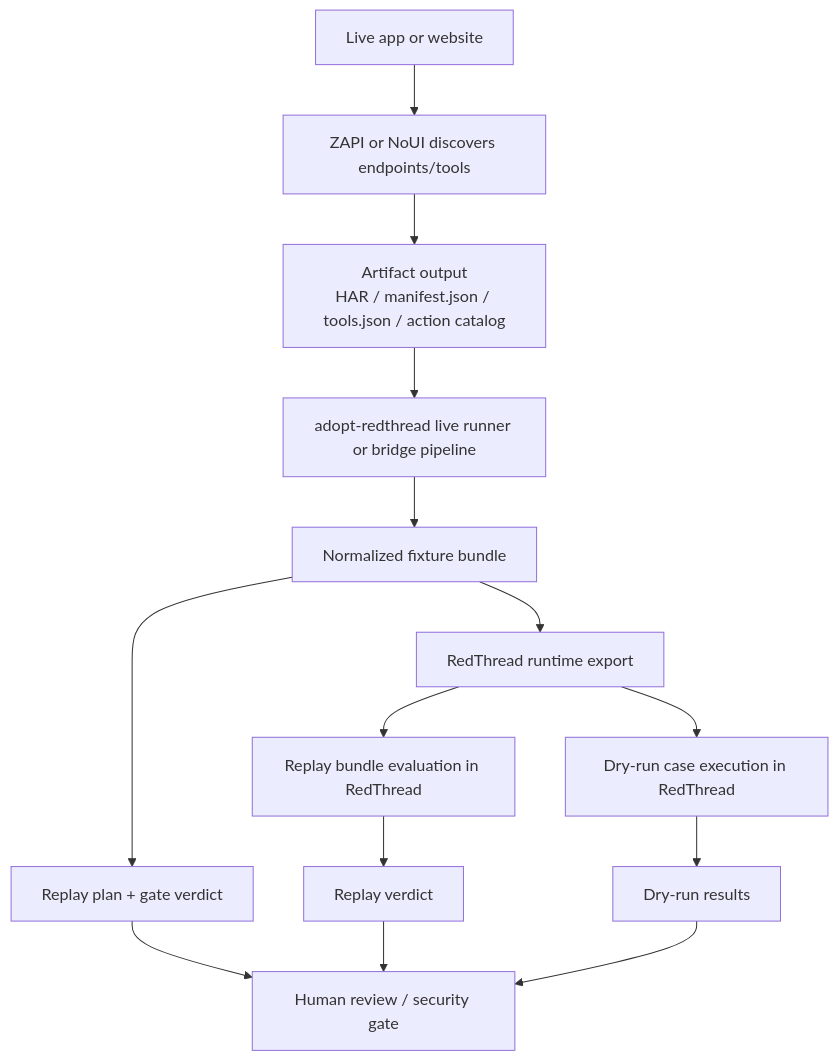
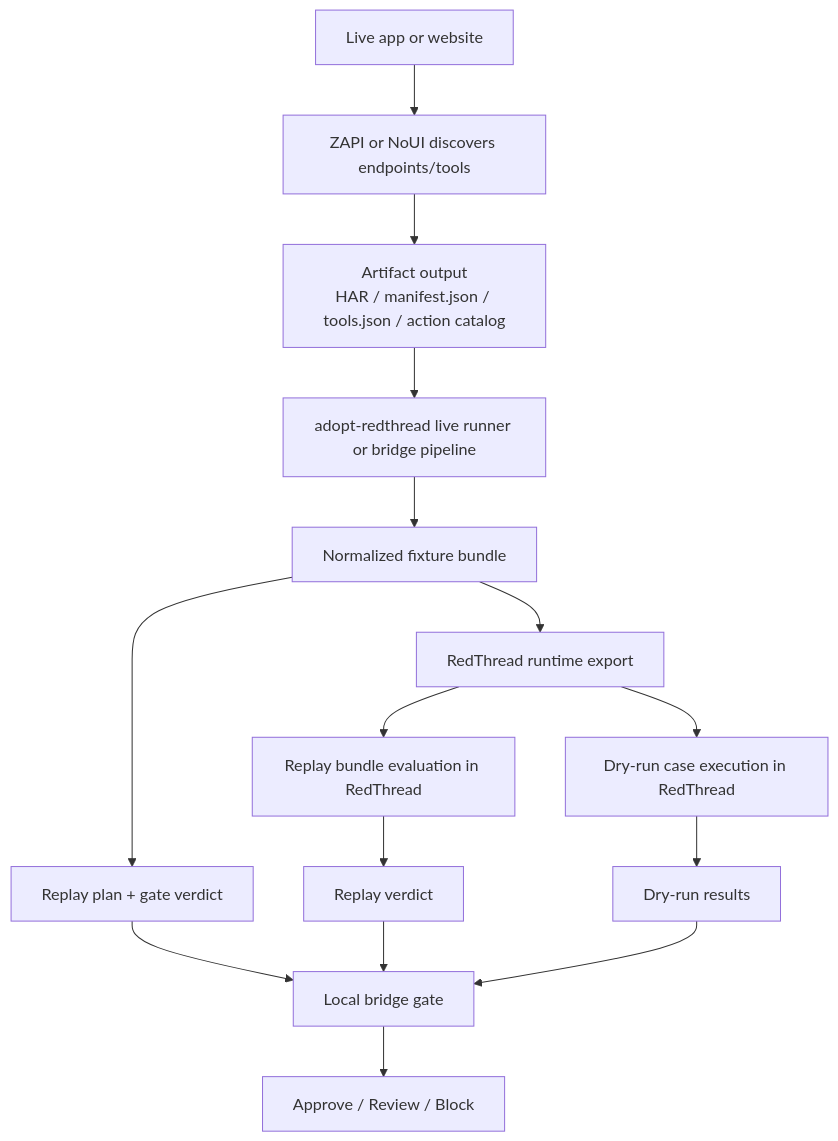
One commit to matheusht/adopt-redthread changed the first of 2 diagrams in docs/live-workflow-explained.md. Above: the diagram before and after it, drawn with Mermaid. The commit also changed other lines of this file and 15 other files, not shown here.

````diff
--- a/docs/live-workflow-explained.md
+++ b/docs/live-workflow-explained.md
@@ -145,16 +147,17 @@
 ```mermaid
 flowchart TD
     A[Live app or website] --> B[ZAPI or NoUI discovers endpoints/tools]
     B --> C[Artifact output\nHAR / manifest.json / tools.json / action catalog]
     C --> D[adopt-redthread live runner or bridge pipeline]
     D --> E[Normalized fixture bundle]
     E --> F[Replay plan + gate verdict]
     E --> G[RedThread runtime export]
     G --> H[Replay bundle evaluation in RedThread]
     G --> I[Dry-run case execution in RedThread]
     H --> J[Replay verdict]
     I --> K[Dry-run results]
-    F --> L[Human review / security gate]
+    F --> L[Local bridge gate]
     J --> L
     K --> L
+    L --> M[Approve / Review / Block]
 ```
````
